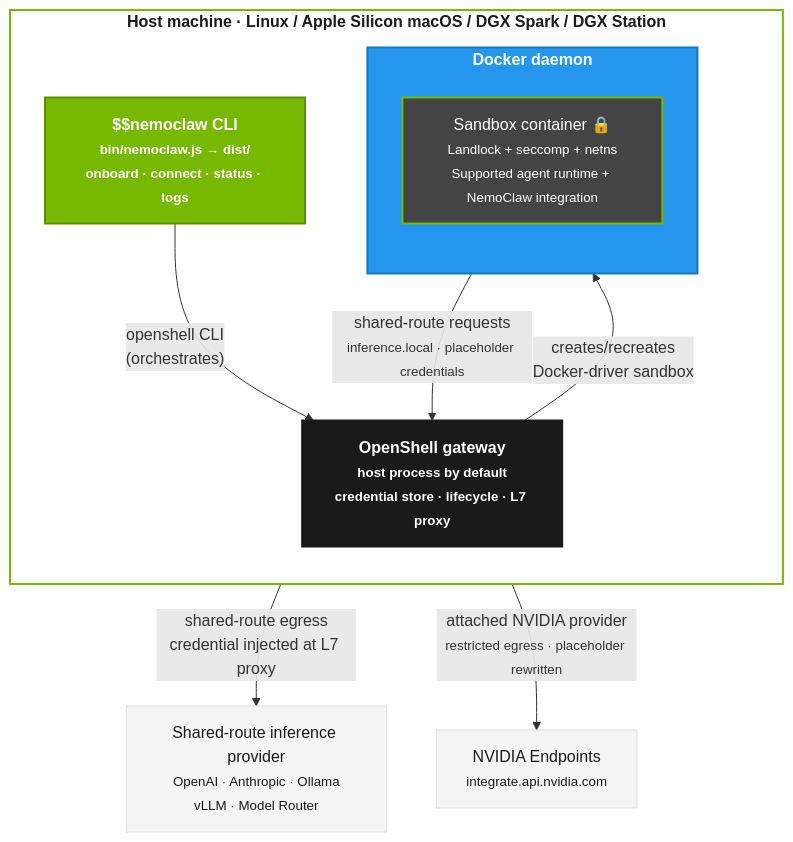
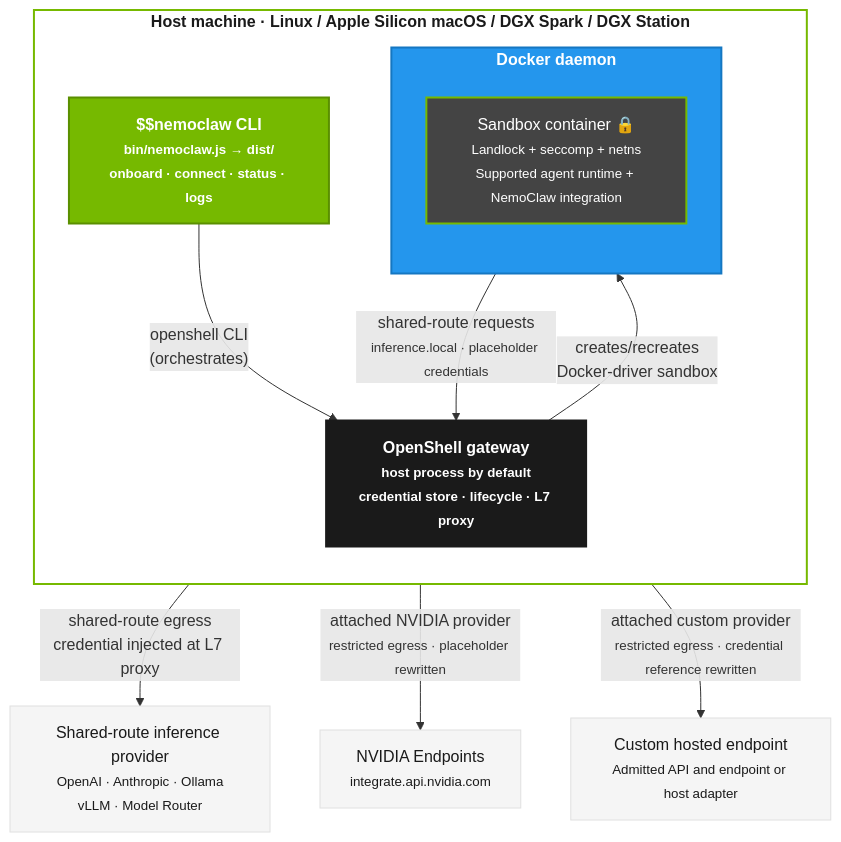
One commit to NVIDIA/NemoClaw changed the second of 3 diagrams in docs/reference/architecture.mdx. Above: the diagram before and after it, drawn with Mermaid. The commit also changed other lines of this file and 20 other files, not shown here.

````diff
--- a/docs/reference/architecture.mdx
+++ b/docs/reference/architecture.mdx
@@ -154,34 +154,36 @@
 ```mermaid
 graph TB
     classDef host fill:#fff,stroke:#76b900,stroke-width:2px,color:#1a1a1a,font-weight:bold
     classDef cli fill:#76b900,stroke:#5a8f00,color:#fff,stroke-width:2px,font-weight:bold
     classDef docker fill:#2496ed,stroke:#1577c2,color:#fff,stroke-width:2px,font-weight:bold
     classDef gateway fill:#1a1a1a,stroke:#1a1a1a,color:#fff,stroke-width:2px,font-weight:bold
     classDef sandbox fill:#444,stroke:#76b900,color:#fff,stroke-width:2px
     classDef external fill:#f5f5f5,stroke:#e0e0e0,color:#1a1a1a,stroke-width:1px
 
     subgraph HOST["Host machine · Linux / Apple Silicon macOS / DGX Spark / DGX Station"]
         direction TB
         CLI["$$nemoclaw CLI<br/><small>bin/nemoclaw.js → dist/<br/>onboard · connect · status · logs</small>"]:::cli
         GW["OpenShell gateway<br/><small>host process by default<br/>credential store · lifecycle · L7 proxy</small>"]:::gateway
 
         subgraph DOCKER["Docker daemon"]
             direction TB
             SANDBOX["Sandbox container 🔒<br/><small>Landlock + seccomp + netns<br/>Supported agent runtime + NemoClaw integration</small>"]:::sandbox
         end
     end
 
     SHARED_INFER["Shared-route inference provider<br/><small>OpenAI · Anthropic · Ollama<br/>vLLM · Model Router</small>"]:::external
     NVIDIA_INFER["NVIDIA Endpoints<br/><small>integrate.api.nvidia.com</small>"]:::external
+    CUSTOM_INFER["Custom hosted endpoint<br/><small>Admitted API and endpoint or host adapter</small>"]:::external
 
     CLI -->|"openshell CLI<br/>(orchestrates)"| GW
     GW -->|"creates/recreates<br/>Docker-driver sandbox"| SANDBOX
     SANDBOX -->|"shared-route requests<br/><small>inference.local · placeholder credentials</small>"| GW
     GW -->|"shared-route egress<br/>credential injected at L7 proxy"| SHARED_INFER
     SANDBOX -->|"attached NVIDIA provider<br/><small>restricted egress · placeholder rewritten</small>"| NVIDIA_INFER
+    SANDBOX -->|"attached custom provider<br/><small>restricted egress · credential reference rewritten</small>"| CUSTOM_INFER
 
     class HOST host
     class DOCKER docker
     class GW gateway
     class SANDBOX sandbox
 ```
````
